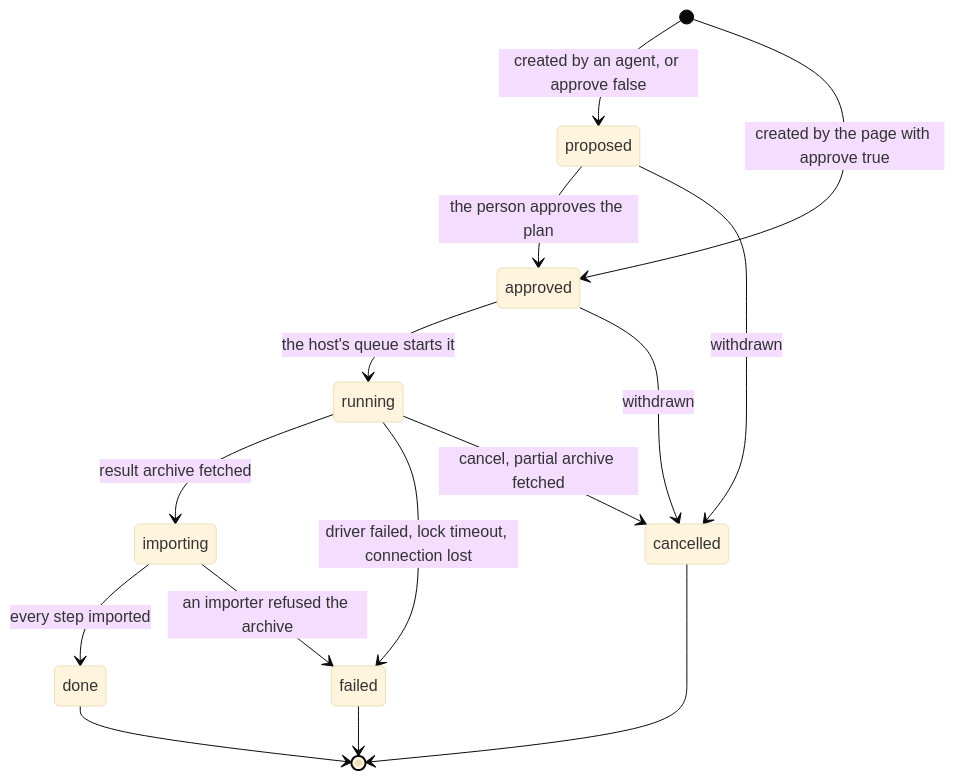
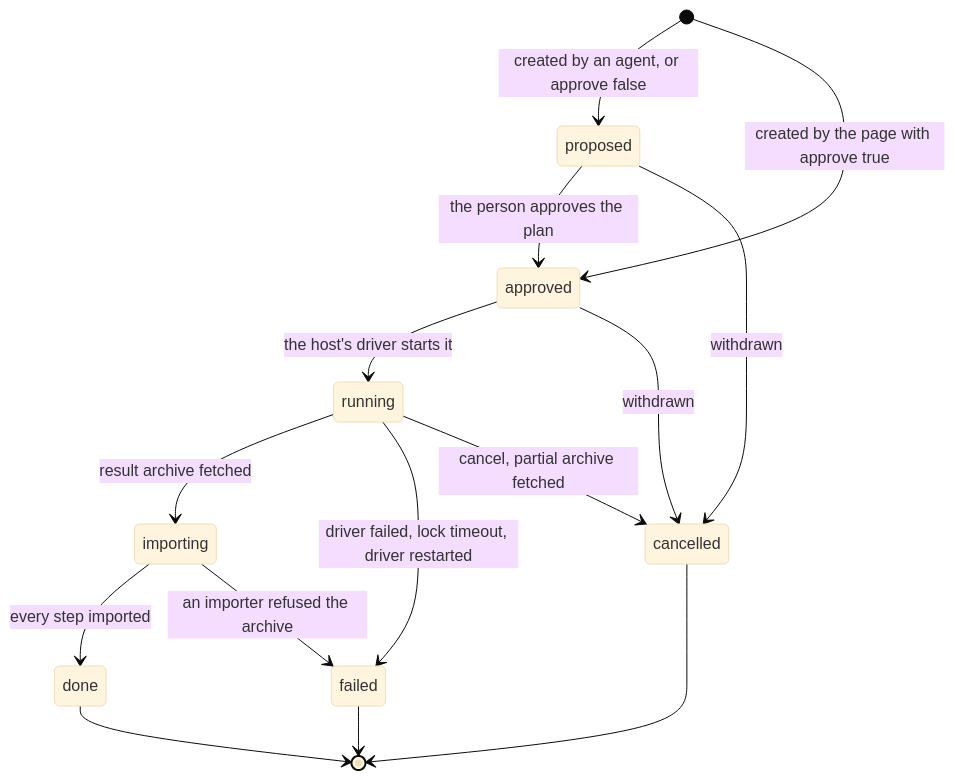
The second of 3 diagrams in ttmp/2026/10/20/KILN-003--one-execution-core-for-kiln-and-perf-lab-hosts-environments-workload-kinds-and-collectors/design-doc/01-intern-guide-one-execution-core-for-kiln-and-perf-lab.md (go-go-golems/kiln), drawn with Mermaid (base theme) before and after one commit. The commit also changed other lines of this file and 5 other files, not shown here.

Commit message:
KILN-003: one HTTP driver API on every host replaces local and SSH transports; diary step 2

````diff
--- a/ttmp/2026/10/20/KILN-003--one-execution-core-for-kiln-and-perf-lab-hosts-environments-workload-kinds-and-collectors/design-doc/01-intern-guide-one-execution-core-for-kiln-and-perf-lab.md
+++ b/ttmp/2026/10/20/KILN-003--one-execution-core-for-kiln-and-perf-lab-hosts-environments-workload-kinds-and-collectors/design-doc/01-intern-guide-one-execution-core-for-kiln-and-perf-lab.md
@@ -1722,17 +1779,17 @@
 ```mermaid
 stateDiagram-v2
   [*] --> proposed: created by an agent, or approve false
   [*] --> approved: created by the page with approve true
   proposed --> approved: the person approves the plan
   proposed --> cancelled: withdrawn
-  approved --> running: the host's queue starts it
+  approved --> running: the host's driver starts it
   approved --> cancelled: withdrawn
   running --> importing: result archive fetched
-  running --> failed: driver failed, lock timeout, connection lost
+  running --> failed: driver failed, lock timeout, driver restarted
   running --> cancelled: cancel, partial archive fetched
   importing --> done: every step imported
   importing --> failed: an importer refused the archive
   failed --> [*]
   done --> [*]
   cancelled --> [*]
 ```
````
